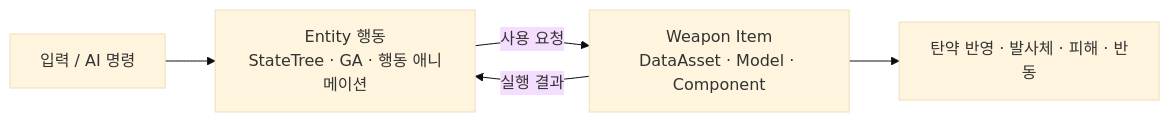
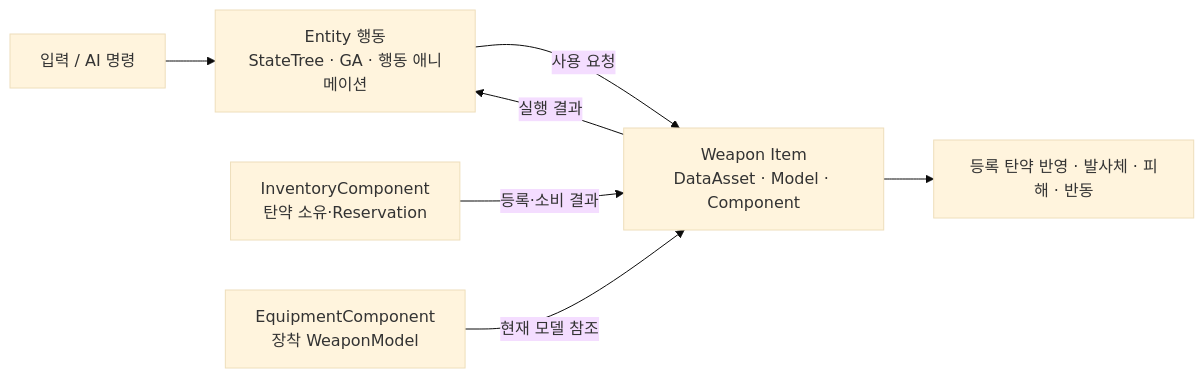
Before and after one commit to liang2papa/Astra_Docs: the first of 3 diagrams in Wiki/03_시스템 설계/무기 시스템.md, drawn with Mermaid (base theme). The commit also changed other lines of this file and 19 other files, not shown here.

````diff
--- a/Wiki/03_시스템 설계/무기 시스템.md
+++ b/Wiki/03_시스템 설계/무기 시스템.md
@@ -18,7 +18,9 @@
 ```mermaid
 flowchart LR
     Command["입력 / AI 명령"] --> Entity["Entity 행동<br/>StateTree · GA · 행동 애니메이션"]
     Entity -->|사용 요청| Weapon["Weapon Item<br/>DataAsset · Model · Component"]
-    Weapon --> Result["탄약 반영 · 발사체 · 피해 · 반동"]
+    Inventory["InventoryComponent<br/>탄약 소유·Reservation"] -->|등록·소비 결과| Weapon
+    Equipment["EquipmentComponent<br/>장착 WeaponModel"] -->|현재 모델 참조| Weapon
+    Weapon --> Result["등록 탄약 반영 · 발사체 · 피해 · 반동"]
     Weapon -->|실행 결과| Entity
 ```
````
